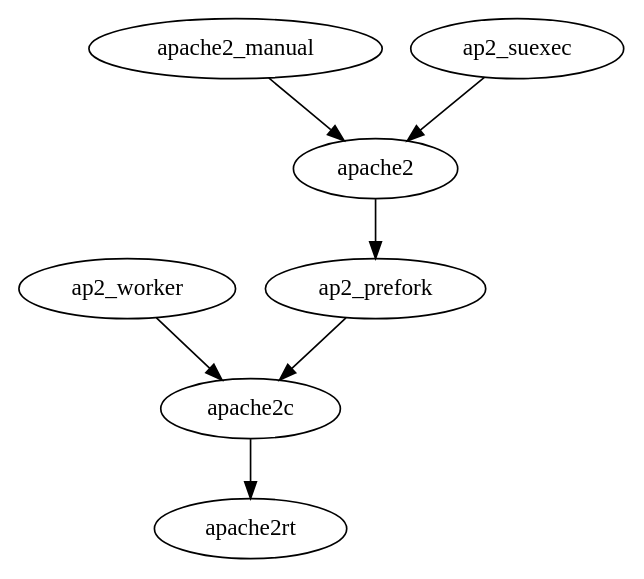
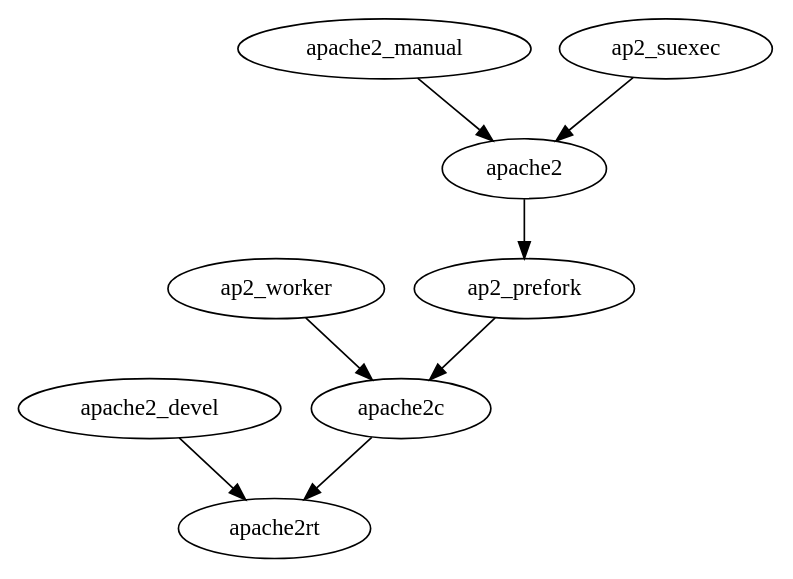
One commit to dago/opencsw changed the diagram in csw/trunk/server/apache2/files/ap2dep.dot. Above: the diagram before and after it, drawn with Graphviz. The commit also changed 79 other files, not shown here.

```diff
--- a/csw/trunk/server/apache2/files/ap2dep.dot
+++ b/csw/trunk/server/apache2/files/ap2dep.dot
@@ -1,11 +1,12 @@
 digraph csw {
     subgraph core {
         style=filled;
         color=lightgrey;
         apache2 -> ap2_prefork -> apache2c -> apache2rt;
         label = "core packages";
     }
+    apache2_devel -> apache2rt;
     apache2_manual -> apache2;
     ap2_suexec -> apache2;
     ap2_worker -> apache2c;
 }
```
